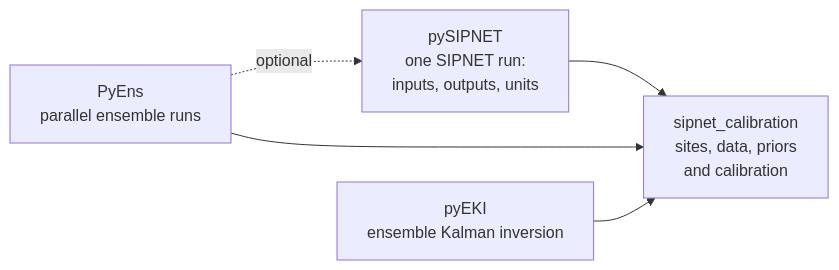
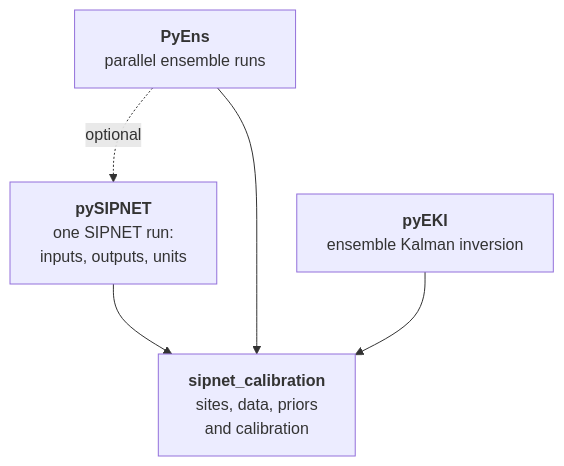
One commit to arob5/spatial-lsm-calibration changed the first of 2 diagrams in experiments/presentation_2026_09_25/slides.qmd. Above: the diagram before and after it, drawn with Mermaid. The commit also changed other lines of this file and 1 other file, not shown here.

First line of the commit message:
Fill the flow-chart slides, split sites from PFTs, and sort the PFT counts

````diff
--- a/experiments/presentation_2026_09_25/slides.qmd
+++ b/experiments/presentation_2026_09_25/slides.qmd
@@ -47,12 +47,13 @@
 ```{mermaid}
-%%| fig-width: 13
-flowchart LR
-  PE["PyEns<br/>parallel ensemble runs"]
-  PS["pySIPNET<br/>one SIPNET run:<br/>inputs, outputs, units"]
-  PK["pyEKI<br/>ensemble Kalman inversion"]
-  SC["sipnet_calibration<br/>sites, data, priors<br/>and calibration"]
+%%| fig-height: 7.5
+%%{init: {"flowchart": {"nodeSpacing": 60, "rankSpacing": 70}}}%%
+flowchart TB
+  PE["<b>PyEns</b><br/>parallel ensemble runs"]
+  PS["<b>pySIPNET</b><br/>one SIPNET run:<br/>inputs, outputs, units"]
+  PK["<b>pyEKI</b><br/>ensemble Kalman inversion"]
+  SC["<b>sipnet_calibration</b><br/>sites, data, priors<br/>and calibration"]
   PE -. optional .-> PS
   PS --> SC
   PE --> SC
   PK --> SC
 ```
````
